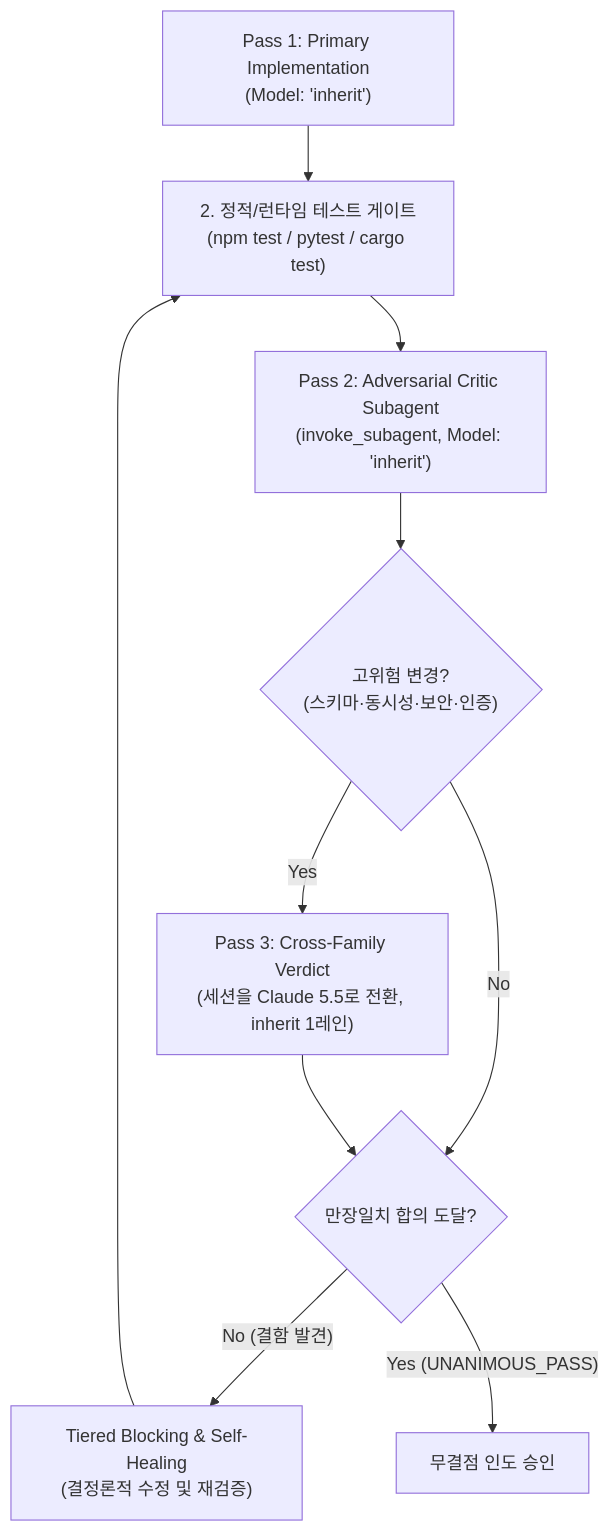
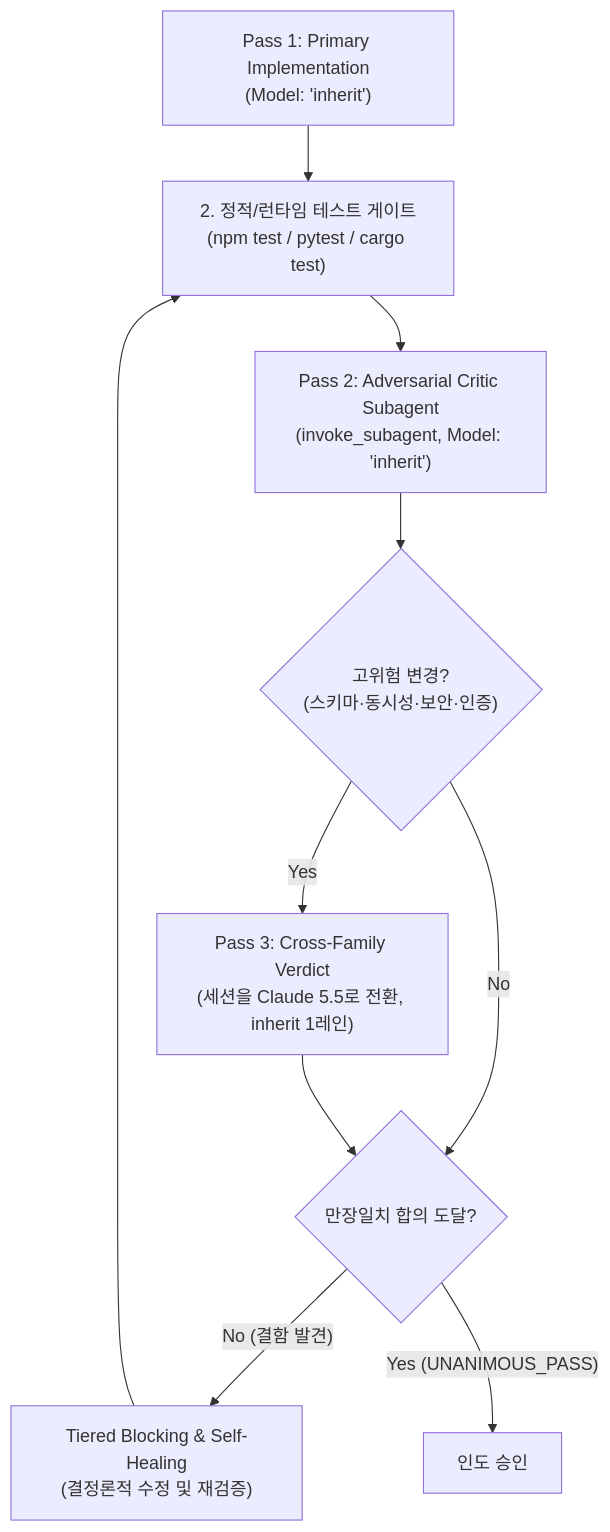
The diagram in skills/ulw/references/dual-verify.md (daeryundf2-prog/lazyargon), drawn with Mermaid before and after one commit. The commit also changed 1 other file, not shown here.

Commit message:
docs(trust): drop '무결점' labels from verify flow diagrams

````diff
--- a/skills/ulw/references/dual-verify.md
+++ b/skills/ulw/references/dual-verify.md
@@ -10,12 +10,12 @@
 ```mermaid
 flowchart TD
     Implement["Pass 1: Primary Implementation<br/>(Model: 'inherit')"] --> Audit["2. 정적/런타임 테스트 게이트<br/>(npm test / pytest / cargo test)"]
     Audit --> Critic["Pass 2: Adversarial Critic Subagent<br/>(invoke_subagent, Model: 'inherit')"]
     Critic --> Risk{"고위험 변경?<br/>(스키마·동시성·보안·인증)"}
     Risk -- "Yes" --> Cross["Pass 3: Cross-Family Verdict<br/>(세션을 Claude 5.5로 전환, inherit 1레인)"]
     Risk -- "No" --> Consensus
     Cross --> Consensus{"만장일치 합의 도달?"}
     Consensus -- "No (결함 발견)" --> Heal["Tiered Blocking & Self-Healing<br/>(결정론적 수정 및 재검증)"]
     Heal --> Audit
-    Consensus -- "Yes (UNANIMOUS_PASS)" --> Pass["무결점 인도 승인"]
+    Consensus -- "Yes (UNANIMOUS_PASS)" --> Pass["인도 승인"]
 ```
````
